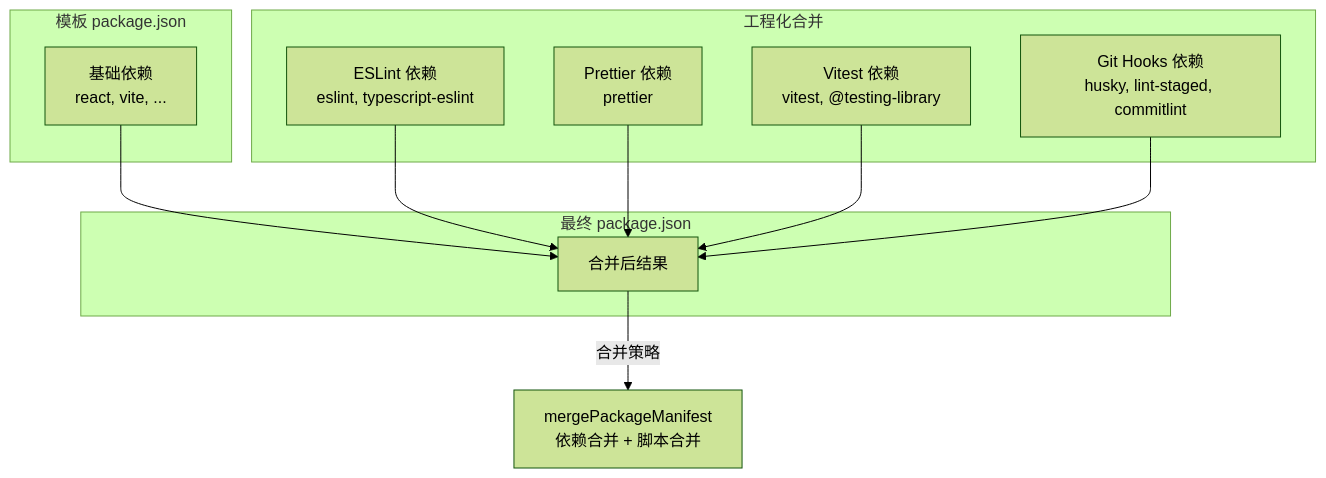
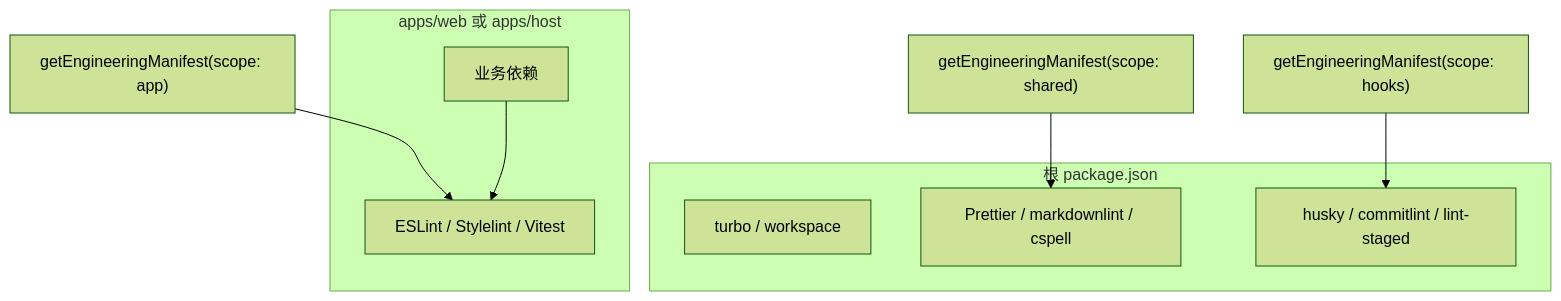
Before and after one commit to mirajay/mirajay-cli: the ninth of 10 diagrams in docs/mirajay-cli-企业级前端脚手架深度解析.md, drawn with Mermaid (forest theme). The commit also changed other lines of this file and 44 other files, not shown here.

````diff
--- a/docs/mirajay-cli-企业级前端脚手架深度解析.md
+++ b/docs/mirajay-cli-企业级前端脚手架深度解析.md
@@ -679,25 +681,18 @@
 ```mermaid
 flowchart TD
-    subgraph 模板 package.json
-        Pkg1[基础依赖<br/>react, vite, ...]
+    subgraph 根 package.json
+        RootBase[turbo / workspace]
+        Shared[Prettier / markdownlint / cspell]
+        Hooks[husky / commitlint / lint-staged]
     end
-    
-    subgraph 工程化合并
-        Pkg2[ESLint 依赖<br/>eslint, typescript-eslint]
-        Pkg3[Prettier 依赖<br/>prettier]
-        Pkg4[Vitest 依赖<br/>vitest, @testing-library]
-        Pkg5[Git Hooks 依赖<br/>husky, lint-staged, commitlint]
+
+    subgraph apps/web 或 apps/host
+        AppBase[业务依赖]
+        AppLint[ESLint / Stylelint / Vitest]
     end
-    
-    subgraph 最终 package.json
-        Final[合并后结果]
-    end
-    
-    Pkg1 --> Final
-    Pkg2 --> Final
-    Pkg3 --> Final
-    Pkg4 --> Final
-    Pkg5 --> Final
-    
-    Final -->|合并策略| MergeFn[mergePackageManifest<br/>依赖合并 + 脚本合并]
+
+    ManifestShared["getEngineeringManifest(scope: shared)"] --> Shared
+    ManifestApp["getEngineeringManifest(scope: app)"] --> AppLint
+    ManifestHooks["getEngineeringManifest(scope: hooks)"] --> Hooks
+    AppBase --> AppLint
 ```
````
